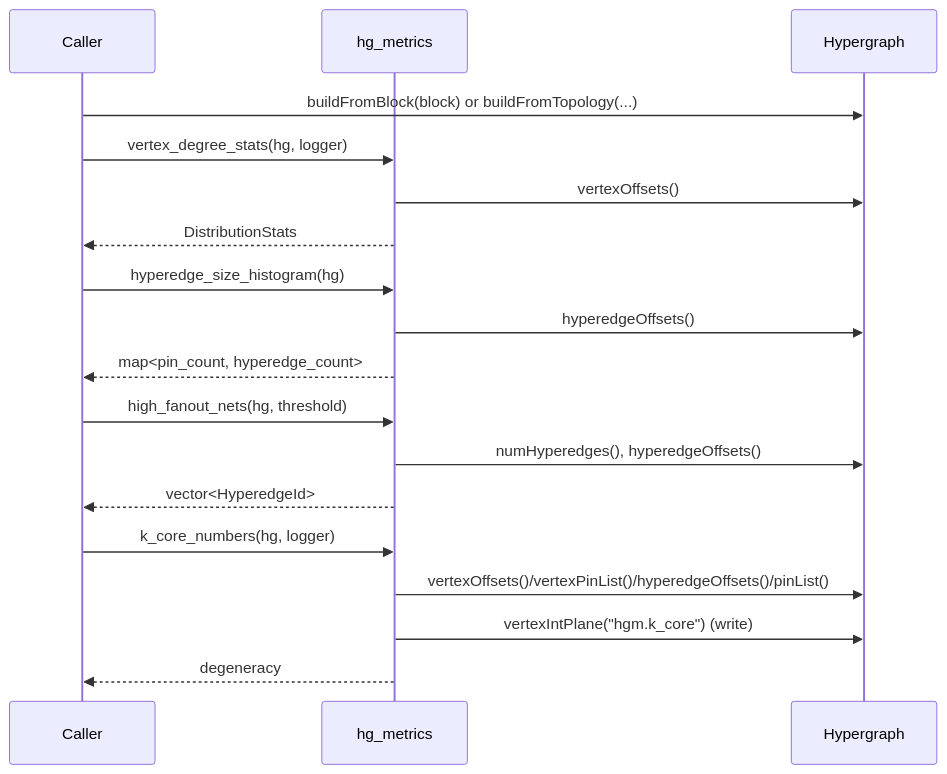
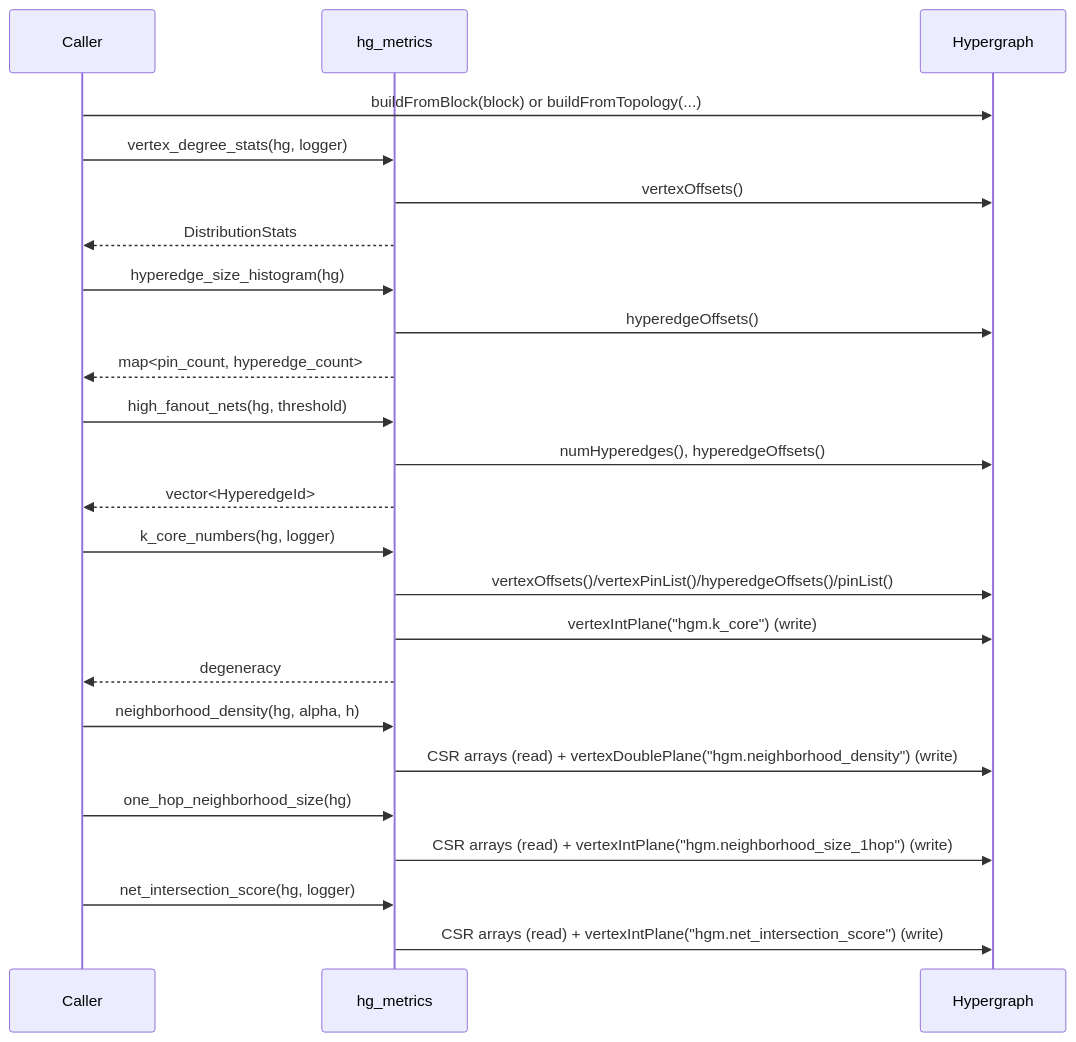
Diagram 11 of 11 in src/hg_metrics/FLOW.md (rfive88/eda-lab), drawn with Mermaid before and after one commit. The commit also changed other lines of this file and 4 other files, not shown here.

First line of the commit message:
hg_metrics: C3 NESS neighborhood density

````diff
--- a/src/hg_metrics/FLOW.md
+++ b/src/hg_metrics/FLOW.md
@@ -147,21 +244,27 @@
 ```mermaid
 sequenceDiagram
     participant Caller
     participant hg_metrics
     participant Hypergraph
 
     Caller->>Hypergraph: buildFromBlock(block) or buildFromTopology(...)
     Caller->>hg_metrics: vertex_degree_stats(hg, logger)
     hg_metrics->>Hypergraph: vertexOffsets()
     hg_metrics-->>Caller: DistributionStats
     Caller->>hg_metrics: hyperedge_size_histogram(hg)
     hg_metrics->>Hypergraph: hyperedgeOffsets()
     hg_metrics-->>Caller: map<pin_count, hyperedge_count>
     Caller->>hg_metrics: high_fanout_nets(hg, threshold)
     hg_metrics->>Hypergraph: numHyperedges(), hyperedgeOffsets()
     hg_metrics-->>Caller: vector<HyperedgeId>
     Caller->>hg_metrics: k_core_numbers(hg, logger)
     hg_metrics->>Hypergraph: vertexOffsets()/vertexPinList()/hyperedgeOffsets()/pinList()
     hg_metrics->>Hypergraph: vertexIntPlane("hgm.k_core") (write)
     hg_metrics-->>Caller: degeneracy
+    Caller->>hg_metrics: neighborhood_density(hg, alpha, h)
+    hg_metrics->>Hypergraph: CSR arrays (read) + vertexDoublePlane("hgm.neighborhood_density") (write)
+    Caller->>hg_metrics: one_hop_neighborhood_size(hg)
+    hg_metrics->>Hypergraph: CSR arrays (read) + vertexIntPlane("hgm.neighborhood_size_1hop") (write)
+    Caller->>hg_metrics: net_intersection_score(hg, logger)
+    hg_metrics->>Hypergraph: CSR arrays (read) + vertexIntPlane("hgm.net_intersection_score") (write)
 ```
````
